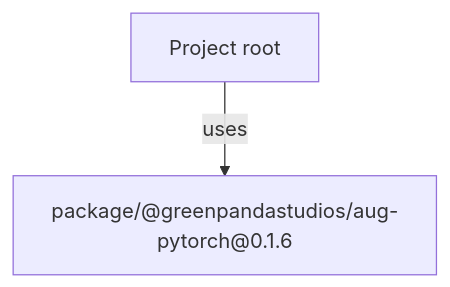
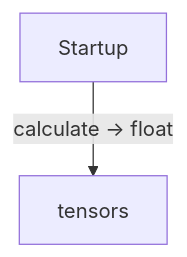
Before and after one commit to GreenPandaStudios/augscript: the first of 2 diagrams in docs/examples/native-pytorch/diagrams/index.md, drawn with Mermaid. The commit also changed other lines of this file and 524 other files, not shown here.

Commit message:
Explain checked data flow at folder and service levels

````diff
--- a/docs/examples/native-pytorch/diagrams/index.md
+++ b/docs/examples/native-pytorch/diagrams/index.md
@@ -21,6 +19,6 @@
 ```mermaid
 flowchart TD
-    n0["Project root"]
-    n1["package/@greenpandastudios/aug-pytorch@0.1.6"]
-    n0 -->|"uses"| n1
+    n0["Startup"]
+    n1["tensors"]
+    n0 -->|"calculate → float"| n1
 ```
````
